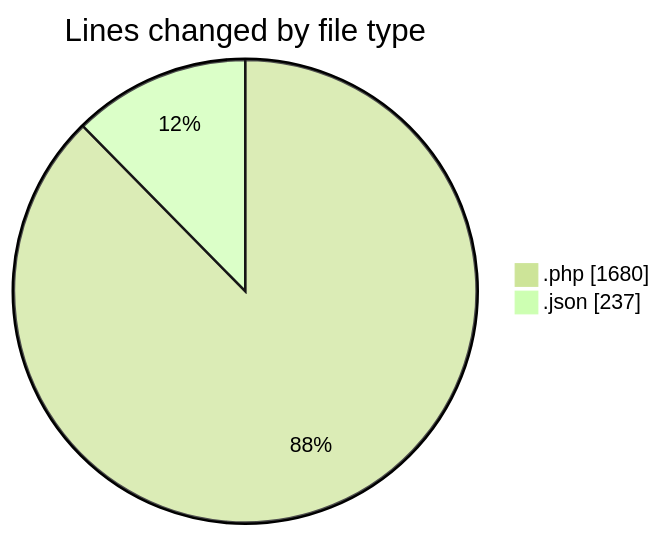
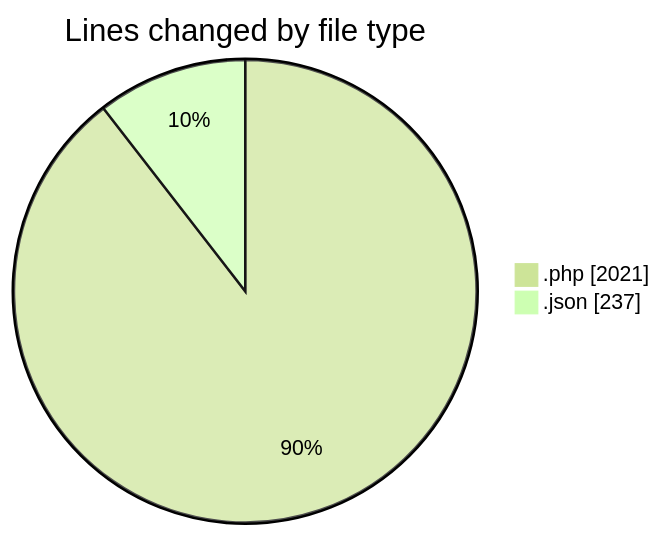
One commit to idhammustaqopulfikri/code-tracking changed the first of 2 diagrams in 2025-06-20/studio-backend/README.md. Above: the diagram before and after it, drawn with Mermaid (forest theme). The commit also changed other lines of this file and 1 other file, not shown here.

````diff
--- a/2025-06-20/studio-backend/README.md
+++ b/2025-06-20/studio-backend/README.md
@@ -23,6 +24,6 @@
 ```mermaid
 pie showData
 title Lines changed by file type
-".php" : 1680
+".php" : 2021
 ".json" : 237
 ```
````
